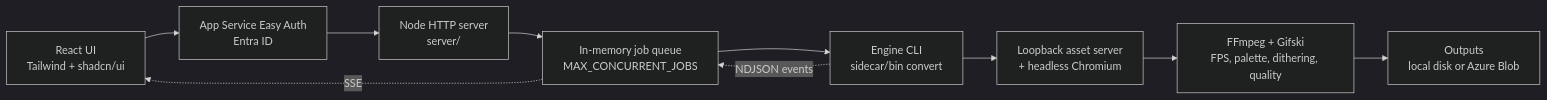
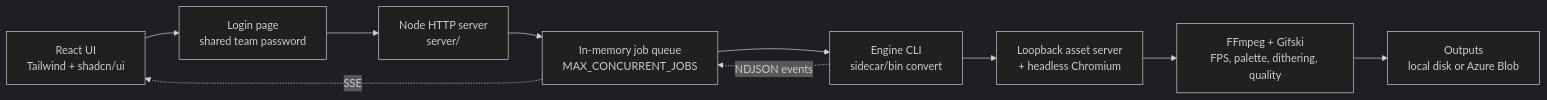
Before and after one commit to oumeirapp/gif-forge: the diagram in README.md, drawn with Mermaid (dark theme). The commit also changed other lines of this file and 16 other files, not shown here.

````diff
--- a/README.md
+++ b/README.md
@@ -7,14 +7,14 @@
 ```mermaid
 flowchart LR
     Browser["React UI\nTailwind + shadcn/ui"]
-    EasyAuth["App Service Easy Auth\nEntra ID"]
+    Login["Login page\nshared team password"]
     API["Node HTTP server\nserver/"]
     Jobs["In-memory job queue\nMAX_CONCURRENT_JOBS"]
     Engine["Engine CLI\nsidecar/bin convert"]
     Capture["Loopback asset server\n+ headless Chromium"]
     Encoder["FFmpeg + Gifski\nFPS, palette, dithering, quality"]
     Store["Outputs\nlocal disk or Azure Blob"]
 
-    Browser --> EasyAuth --> API --> Jobs --> Engine --> Capture --> Encoder --> Store
+    Browser --> Login --> API --> Jobs --> Engine --> Capture --> Encoder --> Store
     Engine -. "NDJSON events" .-> Jobs -. "SSE" .-> Browser
 ```
````
